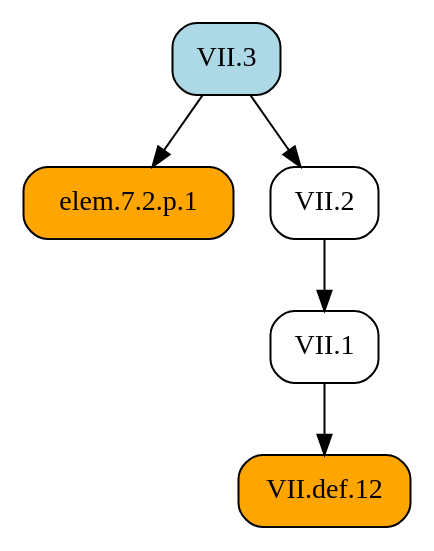
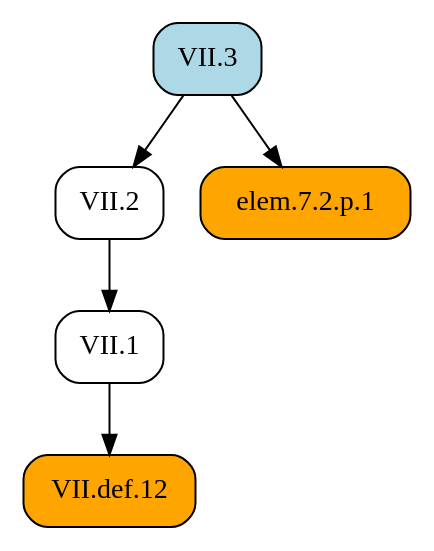
One commit to geometor/elements changed the diagram in docsrc/heath/VII/3/index.rst. Above: the diagram before and after it, drawn with Graphviz. The commit also changed other lines of this file and 1029 other files, not shown here.

```diff
--- a/docsrc/heath/VII/3/index.rst
+++ b/docsrc/heath/VII/3/index.rst
@@ -78,15 +78,15 @@
 .. graphviz::
 
    digraph {
      rankdir="TB";
      node [shape=box, style=rounded];
+     "VII.2" [URL="/heath/VII/2/", target="_top"];
+     "VII.def.12" [style="rounded,filled", fillcolor=orange, URL="/heath/VII/def.12/", target="_top"];
+     "elem.7.2.p.1" [style="rounded,filled", fillcolor=orange];
      "VII.1" [URL="/heath/VII/1/", target="_top"];
      "VII.3" [style="rounded,filled", fillcolor=lightblue, URL="/heath/VII/3/", target="_top"];
-     "VII.def.12" [style="rounded,filled", fillcolor=orange, URL="/heath/VII/def.12/", target="_top"];
-     "elem.7.2.p.1" [style="rounded,filled", fillcolor=orange];
-     "VII.2" [URL="/heath/VII/2/", target="_top"];
-     "VII.2" -> "VII.1";
+     "VII.3" -> "VII.2";
      "VII.1" -> "VII.def.12";
      "VII.3" -> "elem.7.2.p.1";
-     "VII.3" -> "VII.2";
+     "VII.2" -> "VII.1";
    }
```
